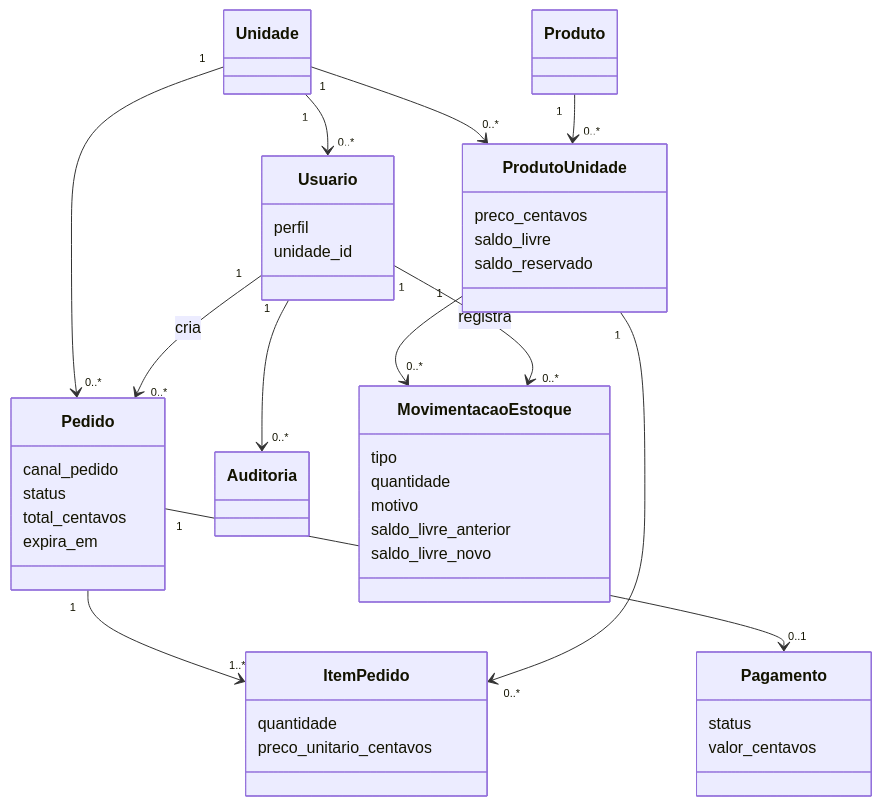
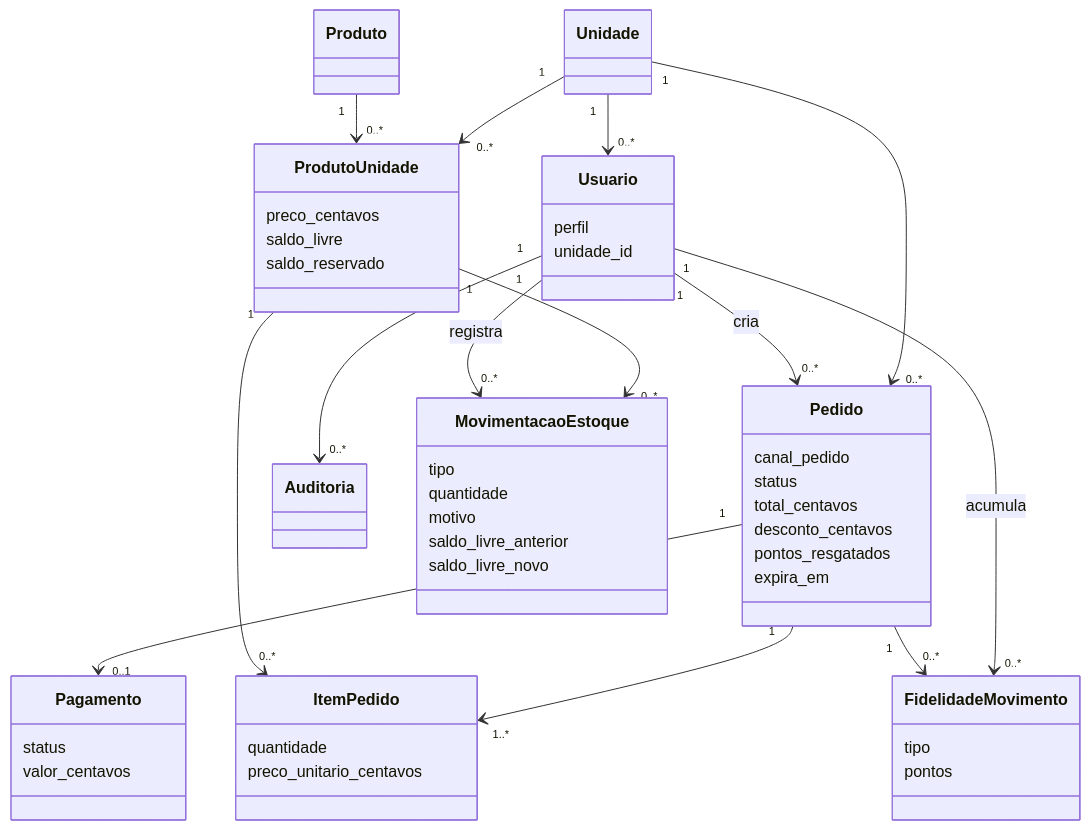
One commit to alexandrequintiliano95/projeto_uninter changed the second of 3 diagrams in docs/DIAGRAMAS.md. Above: the diagram before and after it, drawn with Mermaid. The commit also changed 19 other files, not shown here.

Commit message:
Adiciona programa de fidelidade com acúmulo, resgate como desconto, estorno e extrato de pontos (migração 0003)

````diff
--- a/docs/DIAGRAMAS.md
+++ b/docs/DIAGRAMAS.md
@@ -29,48 +29,56 @@
 ```mermaid
 classDiagram
     class Unidade
     class Usuario {
       perfil
       unidade_id
     }
     class Produto
     class ProdutoUnidade {
       preco_centavos
       saldo_livre
       saldo_reservado
     }
     class Pedido {
       canal_pedido
       status
       total_centavos
+      desconto_centavos
+      pontos_resgatados
       expira_em
+    }
+    class FidelidadeMovimento {
+      tipo
+      pontos
     }
     class ItemPedido {
       quantidade
       preco_unitario_centavos
     }
     class Pagamento {
       status
       valor_centavos
     }
     class Auditoria
     class MovimentacaoEstoque {
       tipo
       quantidade
       motivo
       saldo_livre_anterior
       saldo_livre_novo
     }
 
     Unidade "1" --> "0..*" Usuario
     Unidade "1" --> "0..*" ProdutoUnidade
     Produto "1" --> "0..*" ProdutoUnidade
     Unidade "1" --> "0..*" Pedido
     Usuario "1" --> "0..*" Pedido : cria
     Pedido "1" --> "1..*" ItemPedido
     ProdutoUnidade "1" --> "0..*" ItemPedido
     Pedido "1" --> "0..1" Pagamento
     Usuario "1" --> "0..*" Auditoria
     ProdutoUnidade "1" --> "0..*" MovimentacaoEstoque
     Usuario "1" --> "0..*" MovimentacaoEstoque : registra
+    Usuario "1" --> "0..*" FidelidadeMovimento : acumula
+    Pedido "1" --> "0..*" FidelidadeMovimento
 ```
````
